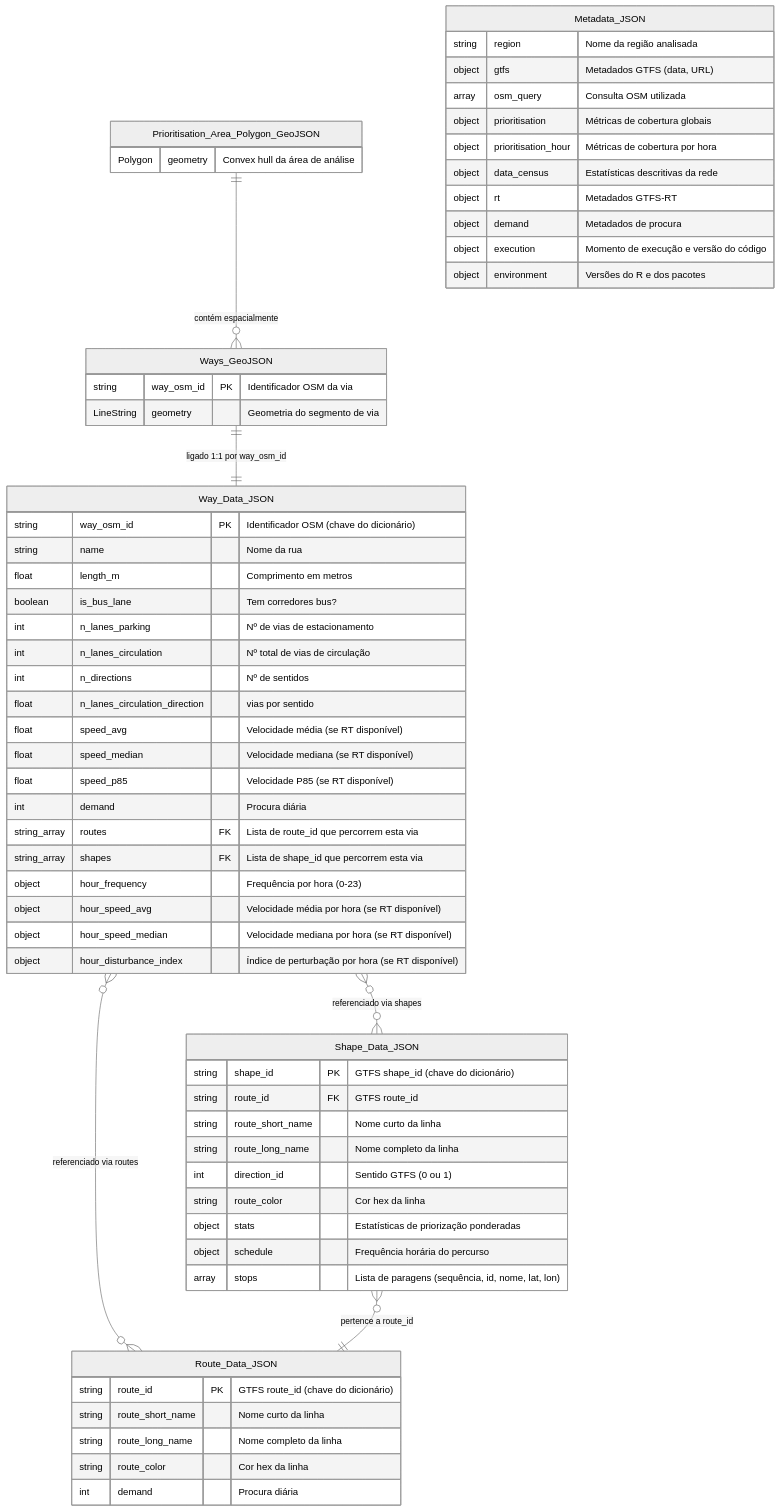
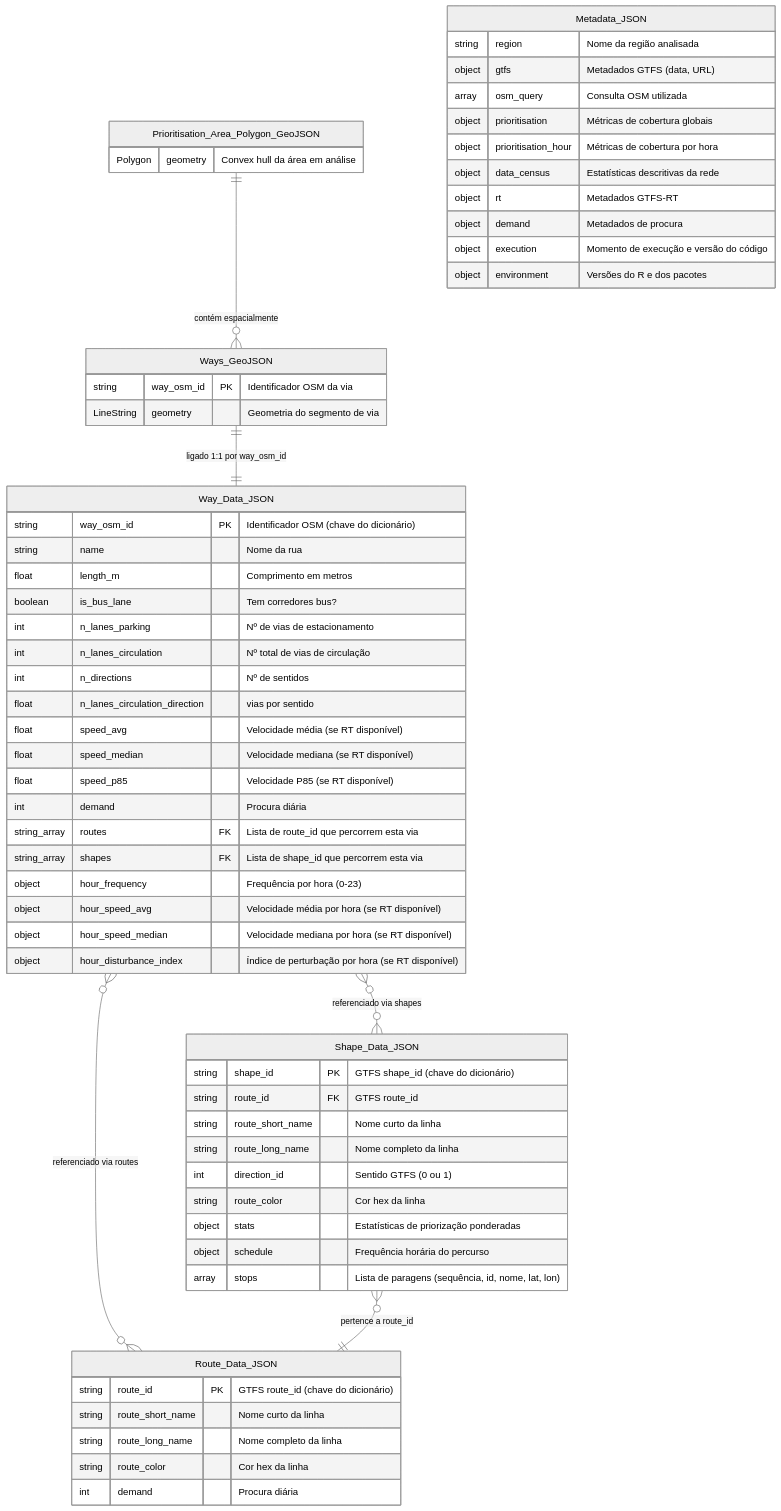
One commit to U-Shift/GTFShift-DI changed the diagram in report/resultados.qmd. Above: the diagram before and after it, drawn with Mermaid (neutral theme). The commit also changed other lines of this file and 17 other files, not shown here.

````diff
--- a/report/resultados.qmd
+++ b/report/resultados.qmd
@@ -27,66 +27,66 @@
 ```{mermaid}
 erDiagram
     Prioritisation_Area_Polygon_GeoJSON {
-        Polygon geometry "Convex hull da área de análise"
+        Polygon geometry "Convex hull da área em análise"
     }
     Ways_GeoJSON {
         string way_osm_id PK "Identificador OSM da via"
         LineString geometry "Geometria do segmento de via"
     }
     Way_Data_JSON {
         string way_osm_id PK "Identificador OSM (chave do dicionário)"
         string name "Nome da rua"
         float length_m "Comprimento em metros"
         boolean is_bus_lane "Tem corredores bus?"
         int n_lanes_parking "Nº de vias de estacionamento"
         int n_lanes_circulation "Nº total de vias de circulação"
         int n_directions "Nº de sentidos"
         float n_lanes_circulation_direction "vias por sentido"
         float speed_avg "Velocidade média (se RT disponível)"
         float speed_median "Velocidade mediana (se RT disponível)"
         float speed_p85 "Velocidade P85 (se RT disponível)"
         int demand "Procura diária"
         string_array routes FK "Lista de route_id que percorrem esta via"
         string_array shapes FK "Lista de shape_id que percorrem esta via"
         object hour_frequency "Frequência por hora (0-23)"
         object hour_speed_avg "Velocidade média por hora (se RT disponível)"
         object hour_speed_median "Velocidade mediana por hora (se RT disponível)"
         object hour_disturbance_index "Índice de perturbação por hora (se RT disponível)"
     }
     Shape_Data_JSON {
         string shape_id PK "GTFS shape_id (chave do dicionário)"
         string route_id FK "GTFS route_id"
         string route_short_name "Nome curto da linha"
         string route_long_name "Nome completo da linha"
         int direction_id "Sentido GTFS (0 ou 1)"
         string route_color "Cor hex da linha"
         object stats "Estatísticas de priorização ponderadas"
         object schedule "Frequência horária do percurso"
         array stops "Lista de paragens (sequência, id, nome, lat, lon)"
     }
     Route_Data_JSON {
         string route_id PK "GTFS route_id (chave do dicionário)"
         string route_short_name "Nome curto da linha"
         string route_long_name "Nome completo da linha"
         string route_color "Cor hex da linha"
         int demand "Procura diária"
     }
     Metadata_JSON {
         string region "Nome da região analisada"
         object gtfs "Metadados GTFS (data, URL)"
         array osm_query "Consulta OSM utilizada"
         object prioritisation "Métricas de cobertura globais"
         object prioritisation_hour "Métricas de cobertura por hora"
         object data_census "Estatísticas descritivas da rede"
         object rt "Metadados GTFS-RT"
         object demand "Metadados de procura"
         object execution "Momento de execução e versão do código"
         object environment "Versões do R e dos pacotes"
     }
 
     Prioritisation_Area_Polygon_GeoJSON ||--o{ Ways_GeoJSON : "contém espacialmente"
     Ways_GeoJSON ||--|| Way_Data_JSON : "ligado 1:1 por way_osm_id"
     Way_Data_JSON }o--o{ Route_Data_JSON : "referenciado via routes"
     Way_Data_JSON }o--o{ Shape_Data_JSON : "referenciado via shapes"
     Shape_Data_JSON }o--|| Route_Data_JSON : "pertence a route_id"
 ```
````
